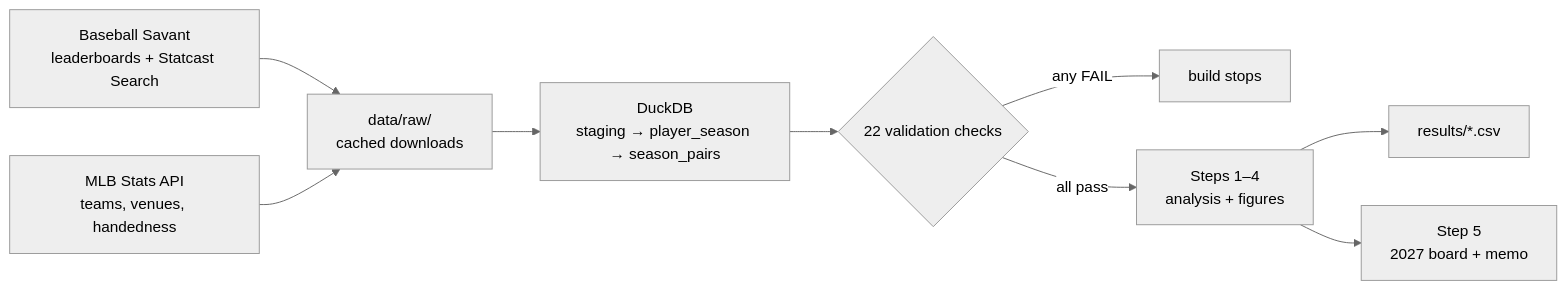
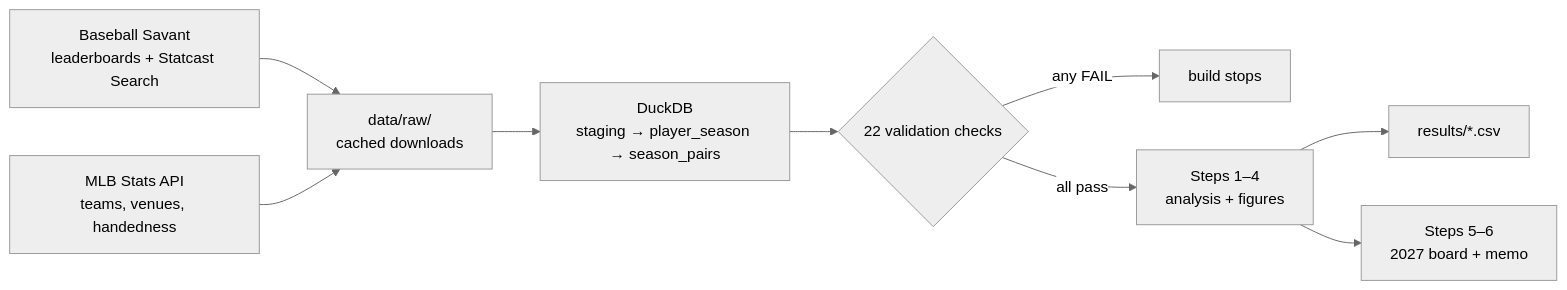
One commit to jackmorgan0224-bit/xwoba-gap-reliability changed the diagram in README.md. Above: the diagram before and after it, drawn with Mermaid (neutral theme). The commit also changed other lines of this file and 7 other files, not shown here.

First line of the commit message:
Step 6: 3-season, age-adjusted projection; memo updated

````diff
--- a/README.md
+++ b/README.md
@@ -53,11 +54,11 @@
 ```mermaid
 flowchart LR
     A["Baseball Savant<br/>leaderboards + Statcast Search"] --> C["data/raw/<br/>cached downloads"]
     B["MLB Stats API<br/>teams, venues, handedness"] --> C
     C --> D["DuckDB<br/>staging → player_season → season_pairs"]
     D --> E{"22 validation checks"}
     E -- "any FAIL" --> X["build stops"]
     E -- "all pass" --> F["Steps 1–4<br/>analysis + figures"]
     F --> G["results/*.csv"]
-    F --> H["Step 5<br/>2027 board + memo"]
+    F --> H["Steps 5–6<br/>2027 board + memo"]
 ```
````
